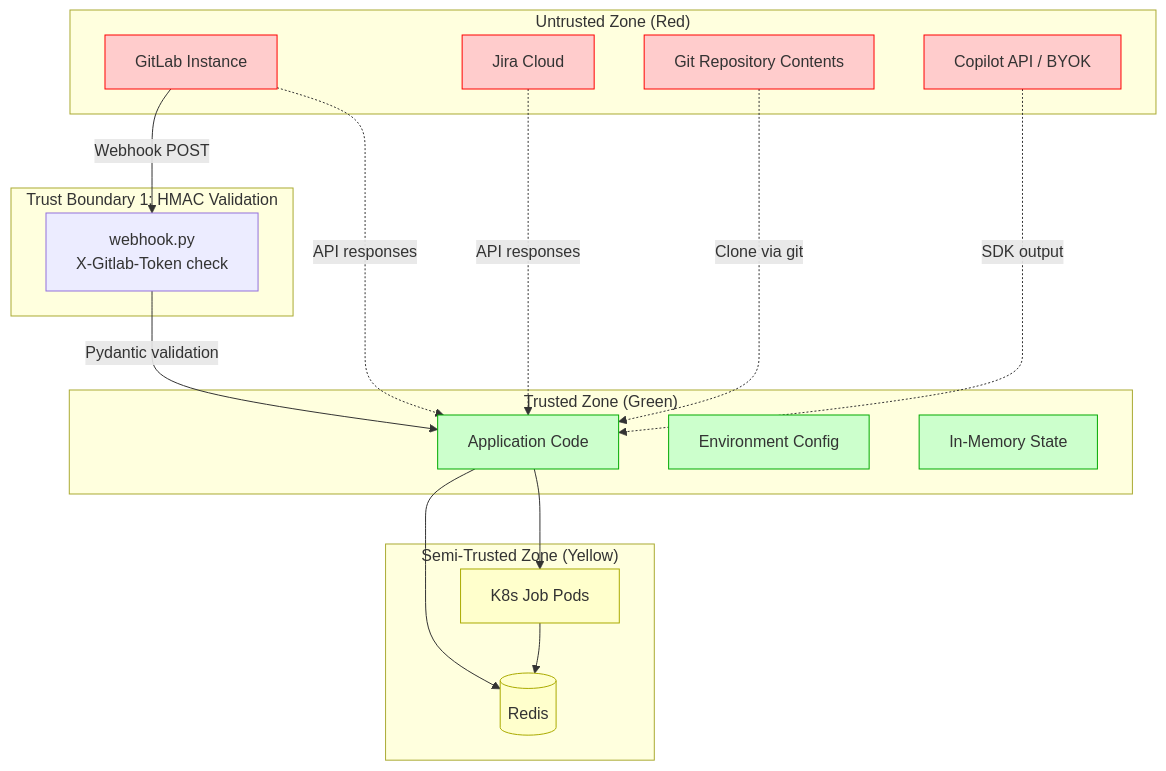
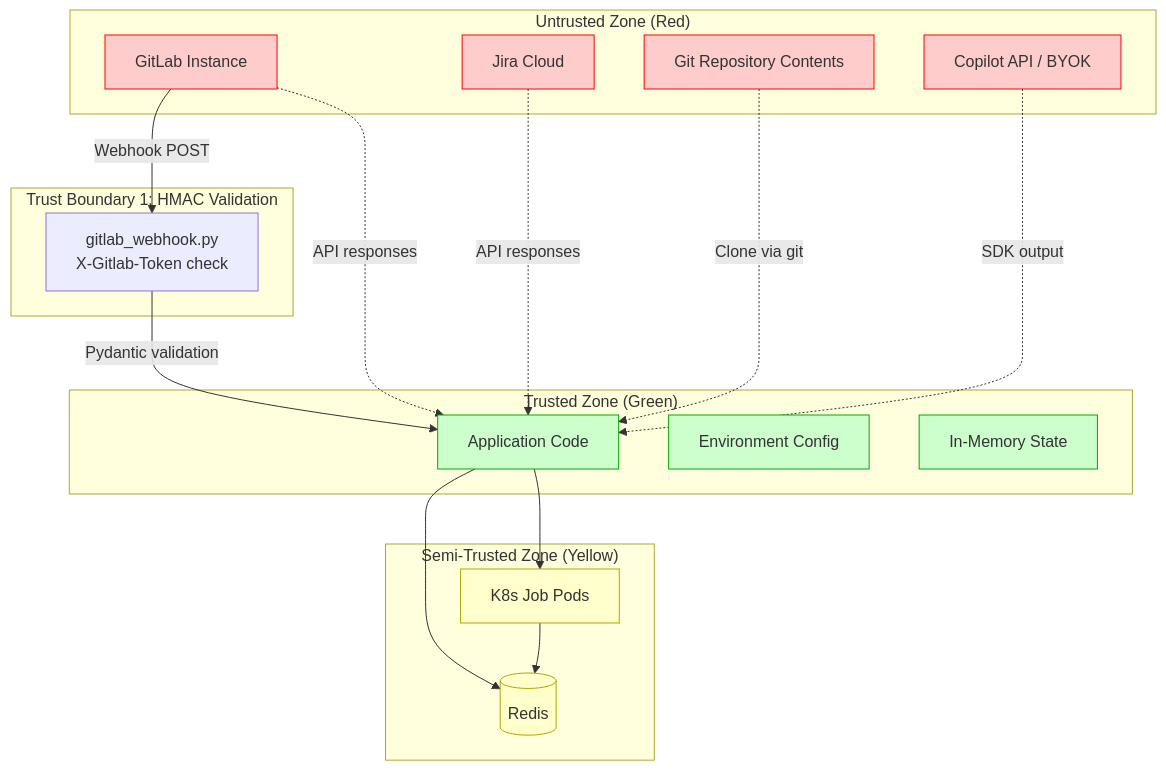
Before and after one commit to peteroden/gitlab-copilot-agent: the diagram in docs/wiki/security-model.md, drawn with Mermaid. The commit also changed other lines of this file and 30 other files, not shown here.

First line of the commit message:
refactor: inline orchestrators into callers, rename webhook → gitlab_webhook (Phase 6.2) (#392)

````diff
--- a/docs/wiki/security-model.md
+++ b/docs/wiki/security-model.md
@@ -9,42 +9,42 @@
 ```mermaid
 graph TB
     subgraph "Untrusted Zone (Red)"
         GL[GitLab Instance]
         JIRA[Jira Cloud]
         REPO[Git Repository Contents]
         COPAPI[Copilot API / BYOK]
     end
     
     subgraph "Trust Boundary 1: HMAC Validation"
-        WH[webhook.py<br/>X-Gitlab-Token check]
+        WH[gitlab_webhook.py<br/>X-Gitlab-Token check]
     end
     
     subgraph "Trusted Zone (Green)"
         APP[Application Code]
         SETTINGS[Environment Config]
         MEMORY[In-Memory State]
     end
     
     subgraph "Semi-Trusted Zone (Yellow)"
         REDIS[(Redis)]
         K8SJOB[K8s Job Pods]
     end
     
     GL -->|Webhook POST| WH
     WH -->|Pydantic validation| APP
     GL -.->|API responses| APP
     JIRA -.->|API responses| APP
     REPO -.->|Clone via git| APP
     COPAPI -.->|SDK output| APP
     
     APP --> REDIS
     APP --> K8SJOB
     K8SJOB --> REDIS
     
     classDef untrusted fill:#ffcccc,stroke:#ff0000
     classDef trusted fill:#ccffcc,stroke:#00aa00
     classDef semi fill:#ffffcc,stroke:#aaaa00
     class GL,JIRA,REPO,COPAPI untrusted
     class APP,SETTINGS,MEMORY trusted
     class REDIS,K8SJOB semi
 ```
````
